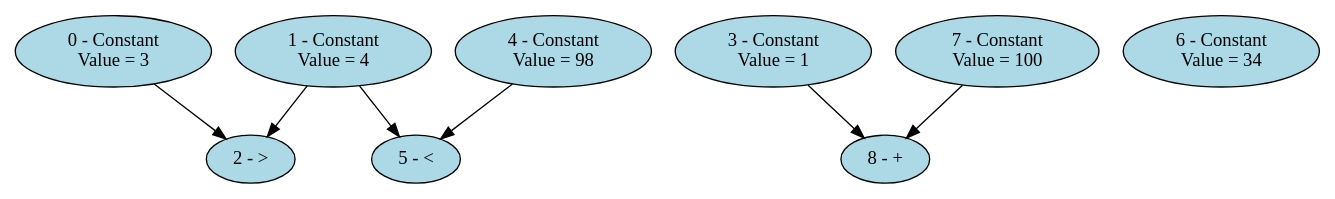
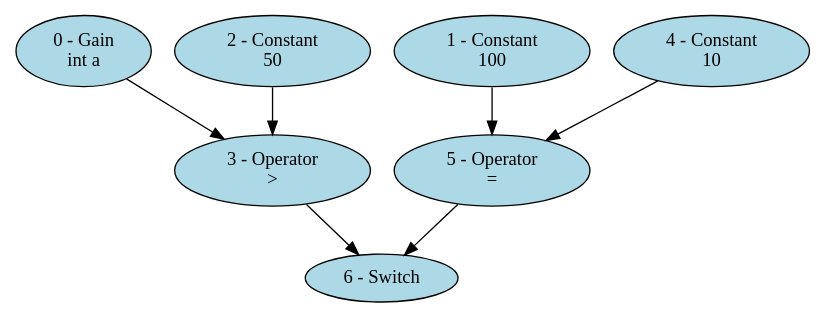
The diagram in code/dot/simple.dot (BentleyJOakes/SourceToSimulink), drawn with Graphviz before and after one commit. The commit also changed 10 other files, not shown here.

```diff
--- a/code/dot/simple.dot
+++ b/code/dot/simple.dot
@@ -1,17 +1,15 @@
 digraph simple {
-"0 - Constant\n Value = 3" [style=filled, fillcolor=lightblue];
-"1 - Constant\n Value = 4" [style=filled, fillcolor=lightblue];
-"2 - >" [style=filled, fillcolor=lightblue];
-"3 - Constant\n Value = 1" [style=filled, fillcolor=lightblue];
-"4 - Constant\n Value = 98" [style=filled, fillcolor=lightblue];
-"5 - <" [style=filled, fillcolor=lightblue];
-"6 - Constant\n Value = 34" [style=filled, fillcolor=lightblue];
-"7 - Constant\n Value = 100" [style=filled, fillcolor=lightblue];
-"8 - +" [style=filled, fillcolor=lightblue];
-"0 - Constant\n Value = 3" -> "2 - >";
-"1 - Constant\n Value = 4" -> "2 - >";
-"1 - Constant\n Value = 4" -> "5 - <";
-"4 - Constant\n Value = 98" -> "5 - <";
-"7 - Constant\n Value = 100" -> "8 - +";
-"3 - Constant\n Value = 1" -> "8 - +";
+"0 - Gain\nint a" [style=filled, fillcolor=lightblue];
+"1 - Constant\n100" [style=filled, fillcolor=lightblue];
+"2 - Constant\n50" [style=filled, fillcolor=lightblue];
+"3 - Operator\n>" [style=filled, fillcolor=lightblue];
+"4 - Constant\n10" [style=filled, fillcolor=lightblue];
+"5 - Operator\n=" [style=filled, fillcolor=lightblue];
+"6 - Switch" [style=filled, fillcolor=lightblue];
+"0 - Gain\nint a" -> "3 - Operator\n>";
+"2 - Constant\n50" -> "3 - Operator\n>";
+"1 - Constant\n100" -> "5 - Operator\n=";
+"4 - Constant\n10" -> "5 - Operator\n=";
+"3 - Operator\n>" -> "6 - Switch";
+"5 - Operator\n=" -> "6 - Switch";
 }
```
